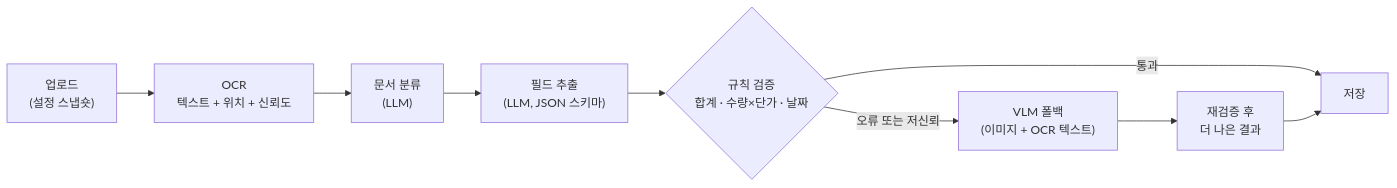
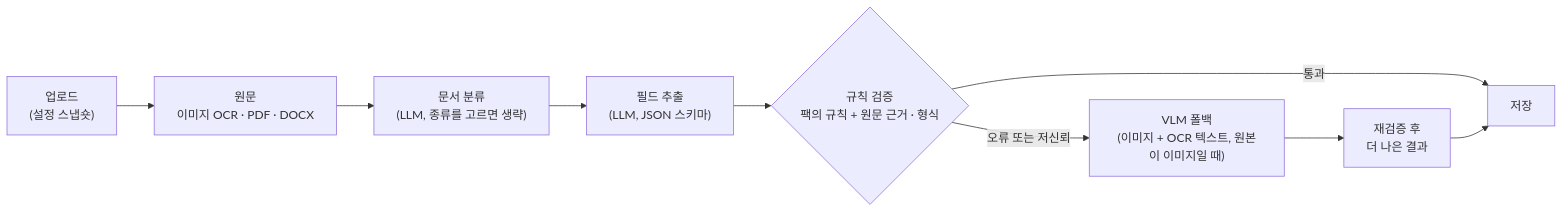
One commit to calm-sea-psy/llm-playground-classifier changed the second of 3 diagrams in docs/architecture.md. Above: the diagram before and after it, drawn with Mermaid. The commit also changed other lines of this file and 25 other files, not shown here.

Commit message:
exe 1단계: 처리 흐름(추출 · 검증 · VLM 폴백 · 최종 선택)을 Engine DocumentProcessor 로, 추출 문장 선택(IPromptSource), OCR 줄 순서 팩별 선택(영수증 top · 이력서 center), 이미지 축소 · 모델 내리기 Engine 으로. KORIE 150 · 이력서 보류 16 재측정 결과 동일

````diff
--- a/docs/architecture.md
+++ b/docs/architecture.md
@@ -60,10 +60,10 @@
 ```mermaid
 flowchart LR
-    Upload["업로드<br/>(설정 스냅숏)"] --> OcrStep["OCR<br/>텍스트 + 위치 + 신뢰도"]
-    OcrStep --> Classify["문서 분류<br/>(LLM)"]
+    Upload["업로드<br/>(설정 스냅숏)"] --> OcrStep["원문<br/>이미지 OCR · PDF · DOCX"]
+    OcrStep --> Classify["문서 분류<br/>(LLM, 종류를 고르면 생략)"]
     Classify --> Extract["필드 추출<br/>(LLM, JSON 스키마)"]
-    Extract --> Validate{"규칙 검증<br/>합계 · 수량×단가 · 날짜"}
+    Extract --> Validate{"규칙 검증<br/>팩의 규칙 + 원문 근거 · 형식"}
     Validate -- "통과" --> Save["저장"]
-    Validate -- "오류 또는 저신뢰" --> Vlm["VLM 폴백<br/>(이미지 + OCR 텍스트)"]
+    Validate -- "오류 또는 저신뢰" --> Vlm["VLM 폴백<br/>(이미지 + OCR 텍스트, 원본이 이미지일 때)"]
     Vlm --> Revalidate["재검증 후<br/>더 나은 결과"] --> Save
 ```
````
